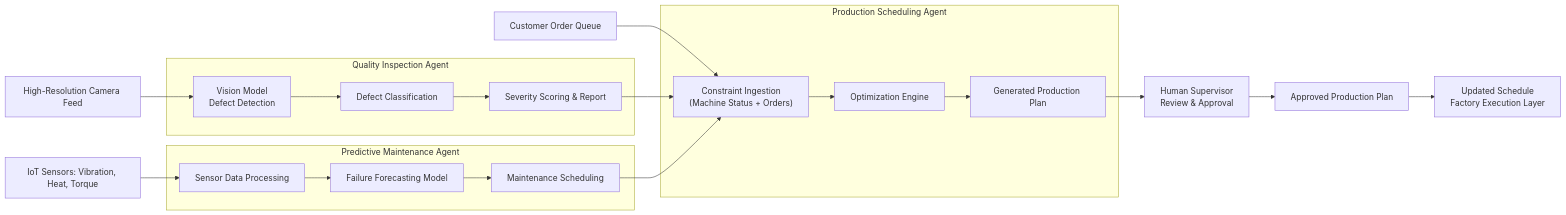
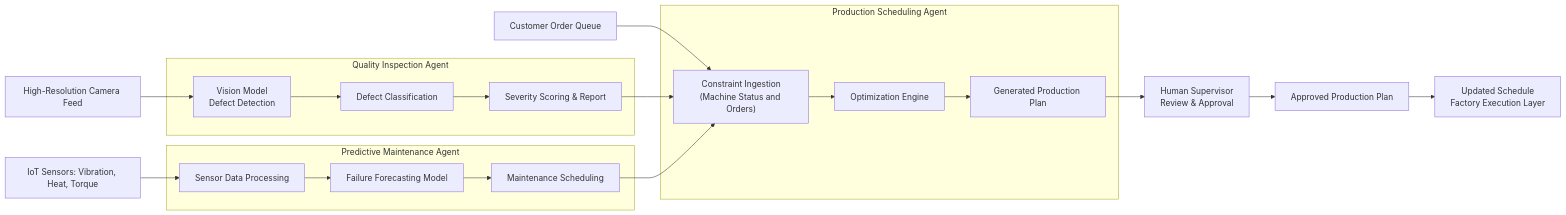
One commit to PLP-Academy/ai_se_week8_assignment changed the diagram in AI_Agents_Comprehensive_Analysis.md. Above: the diagram before and after it, drawn with Mermaid. The commit also changed other lines of this file, not shown here.

Commit message:
fix:flow diagram errors on github

````diff
--- a/AI_Agents_Comprehensive_Analysis.md
+++ b/AI_Agents_Comprehensive_Analysis.md
@@ -125,39 +125,39 @@
 ```mermaid
 flowchart LR
     Camera[High-Resolution Camera Feed]
     SensorData[IoT Sensors: Vibration, Heat, Torque]
     Orders[Customer Order Queue]
 
     subgraph QA[Quality Inspection Agent]
         Q1[Vision Model\nDefect Detection]
         Q2[Defect Classification]
         Q3[Severity Scoring & Report]
     end
 
     Camera --> Q1 --> Q2 --> Q3
 
     subgraph PM[Predictive Maintenance Agent]
         P1[Sensor Data Processing]
         P2[Failure Forecasting Model]
         P3[Maintenance Scheduling]
     end
 
     SensorData --> P1 --> P2 --> P3
 
     subgraph PS[Production Scheduling Agent]
-        S1["Constraint Ingestion\n(Machine Status + Orders)"]
+        S1["Constraint Ingestion\n(Machine Status and Orders)"]
         S2[Optimization Engine]
         S3[Generated Production Plan]
     end
 
     Orders --> S1
     Q3 --> S1
     P3 --> S1
     S1 --> S2 --> S3
 
     Human[Human Supervisor\nReview & Approval]
 
     S3 --> Human --> S3Approval[Approved Production Plan]
 
     S3Approval --> FinalOutput[Updated Schedule\nFactory Execution Layer]
 ```
````
